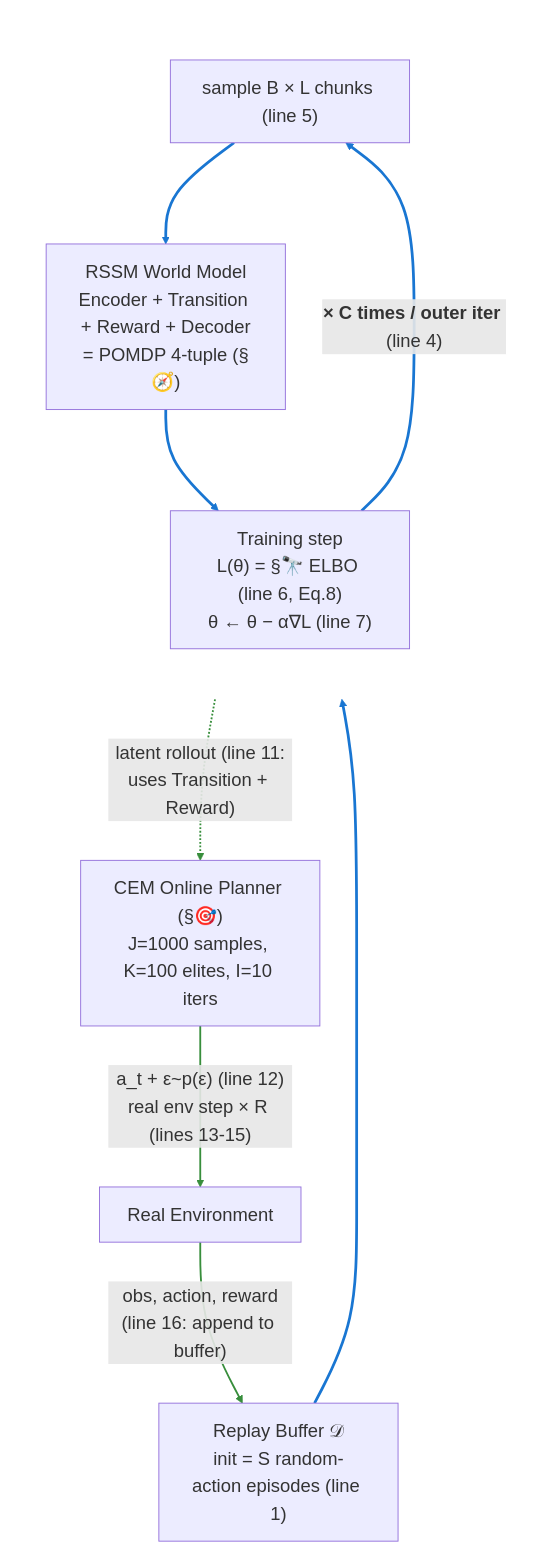
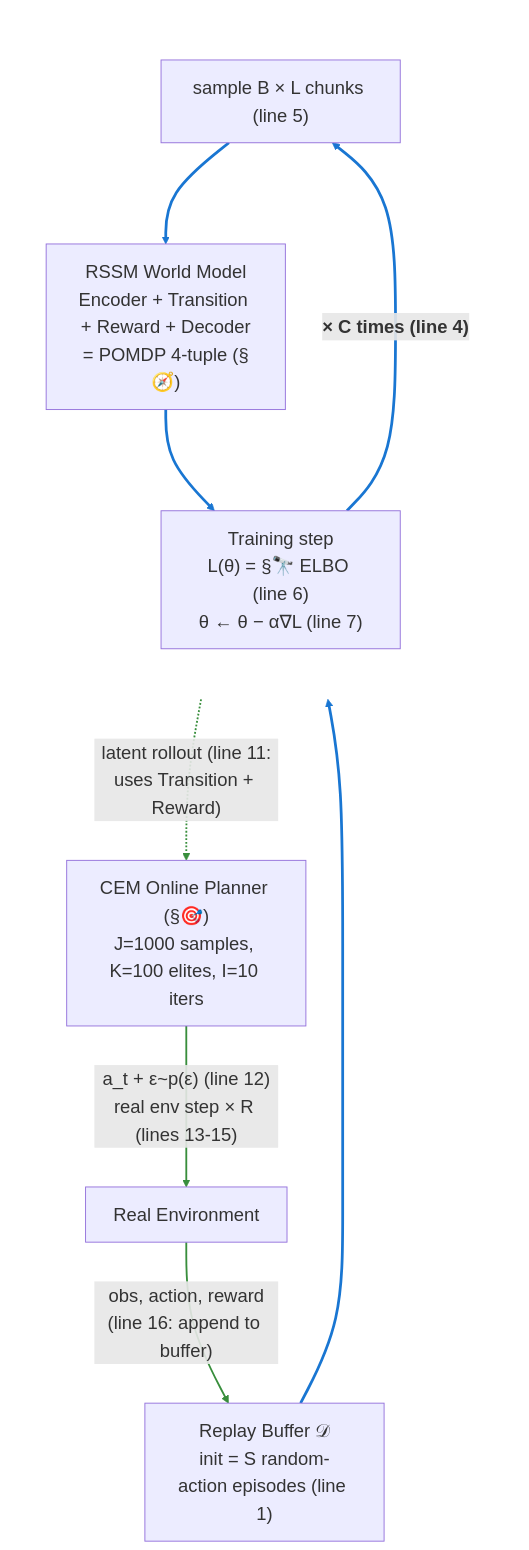
The seventh of 7 diagrams in World-Model-Study-Notes.md (jinxinzhou/world-model-study), drawn with Mermaid before and after one commit. The commit also changed 1 other file, not shown here.

Commit message:
docs: shorten C-iter edge label to single line, drop Eq.8 from train box

````diff
--- a/World-Model-Study-Notes.md
+++ b/World-Model-Study-Notes.md
@@ -2168,33 +2168,33 @@
 ```mermaid
 %%{init: {'themeVariables': {'fontSize': '20px'}, 'flowchart': {'nodeSpacing': 60, 'rankSpacing': 85}}}%%
 flowchart TD
     Env["Real Environment"]
     Buffer["Replay Buffer 𝒟<br/>init = S random-action episodes (line 1)"]
 
     subgraph A_phase [" "]
         direction TB
         Sample["sample B × L chunks (line 5)"]
         RSSM["RSSM World Model<br/>Encoder + Transition + Reward + Decoder<br/>= POMDP 4-tuple (§🧭)"]
-        Train["Training step<br/>L(θ) = §🔭 ELBO (line 6, Eq.8)<br/>θ ← θ − α∇L (line 7)"]
-        Train -->|"<b>× C times / outer iter</b> (line 4)"| Sample
+        Train["Training step<br/>L(θ) = §🔭 ELBO (line 6)<br/>θ ← θ − α∇L (line 7)"]
+        Train -->|"<b>× C times (line 4)</b>"| Sample
         Sample --> RSSM
         RSSM --> Train
     end
 
     CEM["CEM Online Planner (§🎯)<br/>J=1000 samples, K=100 elites, I=10 iters"]
 
     Env -->|"obs, action, reward<br/>(line 16: append to buffer)"| Buffer
     Buffer --> Sample
     RSSM -.->|"latent rollout (line 11:<br/>uses Transition + Reward)"| CEM
     CEM -->|"a_t + ε~p(ε) (line 12)<br/>real env step × R (lines 13-15)"| Env
 
     style A_phase fill:transparent,stroke:transparent
 
     linkStyle 0 stroke:#1976d2,stroke-width:3px
     linkStyle 1 stroke:#1976d2,stroke-width:3px
     linkStyle 2 stroke:#1976d2,stroke-width:3px
     linkStyle 3 stroke:#388e3c,stroke-width:2px
     linkStyle 4 stroke:#1976d2,stroke-width:3px
     linkStyle 5 stroke:#388e3c,stroke-width:2px
     linkStyle 6 stroke:#388e3c,stroke-width:2px
 ```
````
